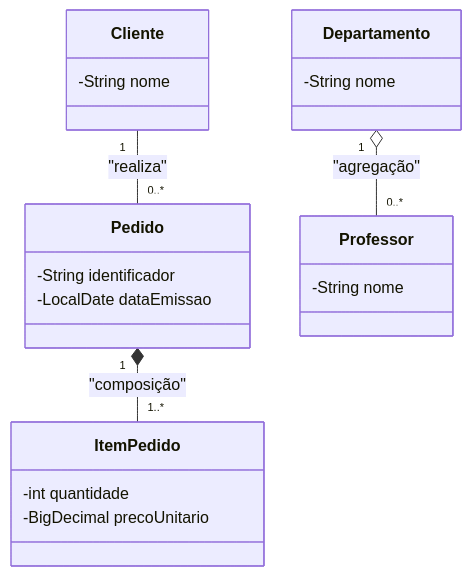
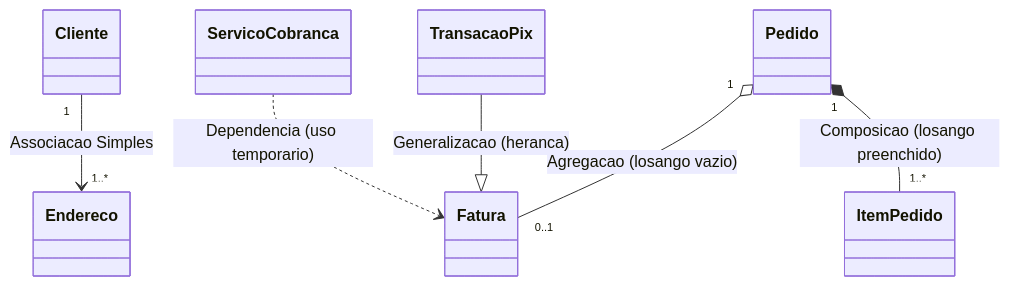
Before and after one commit to murilolol/unifef: diagram 19 of 32 in 4º Semestre/[Prof. Wesley Soares] Engenharia de Software II/Resumos-IA/Caderno-Consolidado.md, drawn with Mermaid. The commit also changed other lines of this file and 10 other files, not shown here.

````diff
--- a/4º Semestre/[Prof. Wesley Soares] Engenharia de Software II/Resumos-IA/Caderno-Consolidado.md
+++ b/4º Semestre/[Prof. Wesley Soares] Engenharia de Software II/Resumos-IA/Caderno-Consolidado.md
@@ -812,24 +801,16 @@
 ```mermaid
 classDiagram
-    class Pedido {
-        -String identificador
-        -LocalDate dataEmissao
-    }
-    class ItemPedido {
-        -int quantidade
-        -BigDecimal precoUnitario
-    }
-    class Cliente {
-        -String nome
-    }
-    class Departamento {
-        -String nome
-    }
-    class Professor {
-        -String nome
-    }
+  class Cliente
+  class Endereco
+  class Pedido
+  class ItemPedido
+  class Fatura
+  class TransacaoPix
+  class ServicoCobranca
 
-    Cliente "1" -- "0..*" Pedido : "realiza"
-    Pedido "1" *-- "1..*" ItemPedido : "composição"
-    Departamento "1" o-- "0..*" Professor : "agregação"
+  Cliente "1" --> "1..*" Endereco : Associacao Simples
+  Pedido "1" o-- "0..1" Fatura : Agregacao (losango vazio)
+  Pedido "1" *-- "1..*" ItemPedido : Composicao (losango preenchido)
+  TransacaoPix --|> Fatura : Generalizacao (heranca)
+  ServicoCobranca ..> Fatura : Dependencia (uso temporario)
 ```
````
